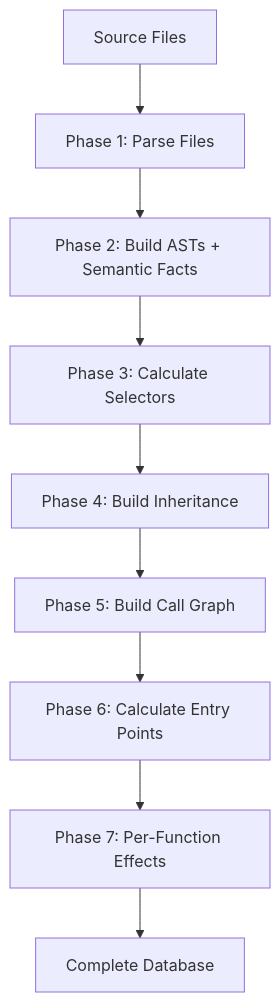
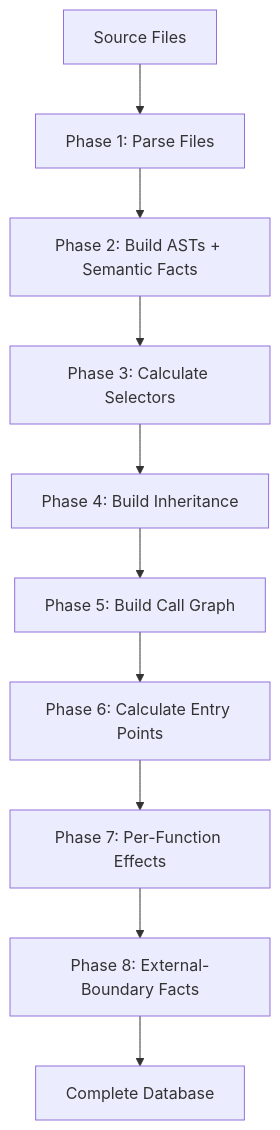
The second of 8 diagrams in docs/workflows.md (th13vn/w3goaudit), drawn with Mermaid before and after one commit. The commit also changed other lines of this file and 9 other files, not shown here.

````diff
--- a/docs/workflows.md
+++ b/docs/workflows.md
@@ -140,11 +151,12 @@
 ```mermaid
 graph TD
     A[Source Files] --> B[Phase 1: Parse Files]
     B --> C[Phase 2: Build ASTs + Semantic Facts]
     C --> D[Phase 3: Calculate Selectors]
     D --> E[Phase 4: Build Inheritance]
     E --> F[Phase 5: Build Call Graph]
     F --> G[Phase 6: Calculate Entry Points]
     G --> G2[Phase 7: Per-Function Effects]
-    G2 --> H[Complete Database]
+    G2 --> G3[Phase 8: External-Boundary Facts]
+    G3 --> H[Complete Database]
 ```
````
